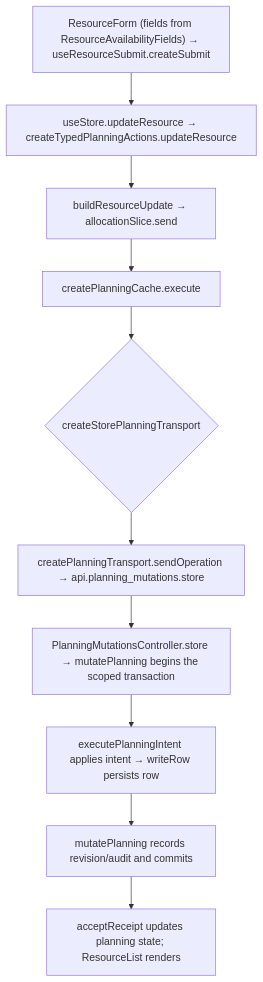
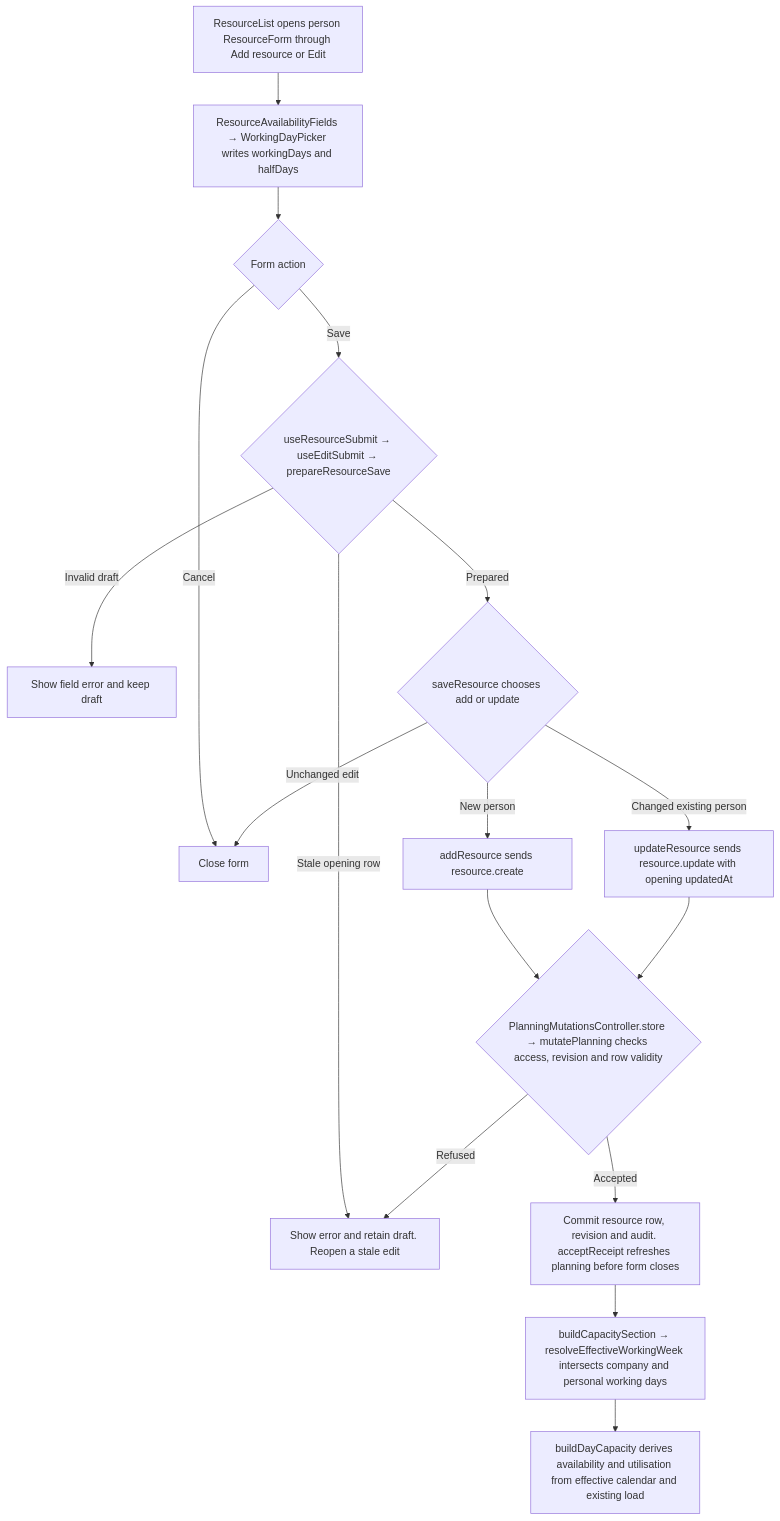
The second of 2 diagrams in user-stories/resources/US-RES-05-working-days.md (Kevinjohn/capacitylens), drawn with Mermaid before and after one commit. The commit also changed other lines of this file and 172 other files, not shown here.

Commit message:
docs: reconcile user story code flows with source

````diff
--- a/user-stories/resources/US-RES-05-working-days.md
+++ b/user-stories/resources/US-RES-05-working-days.md
@@ -33,8 +33,19 @@
 ```mermaid
 flowchart TD
-  A["ResourceForm (fields from ResourceAvailabilityFields) → useResourceSubmit.createSubmit"] --> B["useStore.updateResource → createTypedPlanningActions.updateResource"]
-  B --> C["buildResourceUpdate → allocationSlice.send"]
-  C --> D["createPlanningCache.execute"] --> E{"createStorePlanningTransport"}
-  E --> F["createPlanningTransport.sendOperation → api.planning_mutations.store"] --> G["PlanningMutationsController.store → mutatePlanning begins the scoped transaction"]
-  G --> H["executePlanningIntent applies intent → writeRow persists row"] --> K["mutatePlanning records revision/audit and commits"] --> J["acceptReceipt updates planning state; ResourceList renders"]
+  OPEN["ResourceList opens person ResourceForm through Add resource or Edit"] --> DRAFT["ResourceAvailabilityFields → WorkingDayPicker writes workingDays and halfDays"]
+  DRAFT --> ACTION{"Form action"}
+  ACTION -->|Cancel| CLOSE["Close form"]
+  ACTION -->|Save| LOCAL{"useResourceSubmit → useEditSubmit → prepareResourceSave"}
+  LOCAL -->|Invalid draft| DRAFTERR["Show field error and keep draft"]
+  LOCAL -->|Stale opening row| ERROR["Show error and retain draft. Reopen a stale edit"]
+  LOCAL -->|Prepared| PAYLOAD{"saveResource chooses add or update"}
+  PAYLOAD -->|New person| CREATE["addResource sends resource.create"]
+  PAYLOAD -->|Changed existing person| UPDATE["updateResource sends resource.update with opening updatedAt"]
+  PAYLOAD -->|Unchanged edit| CLOSE
+  CREATE --> SERVER{"PlanningMutationsController.store → mutatePlanning checks access, revision and row validity"}
+  UPDATE --> SERVER
+  SERVER -->|Refused| ERROR
+  SERVER -->|Accepted| COMMIT["Commit resource row, revision and audit. acceptReceipt refreshes planning before form closes"]
+  COMMIT --> WEEK["buildCapacitySection → resolveEffectiveWorkingWeek intersects company and personal working days"]
+  WEEK --> CALC["buildDayCapacity derives availability and utilisation from effective calendar and existing load"]
 ```
````
